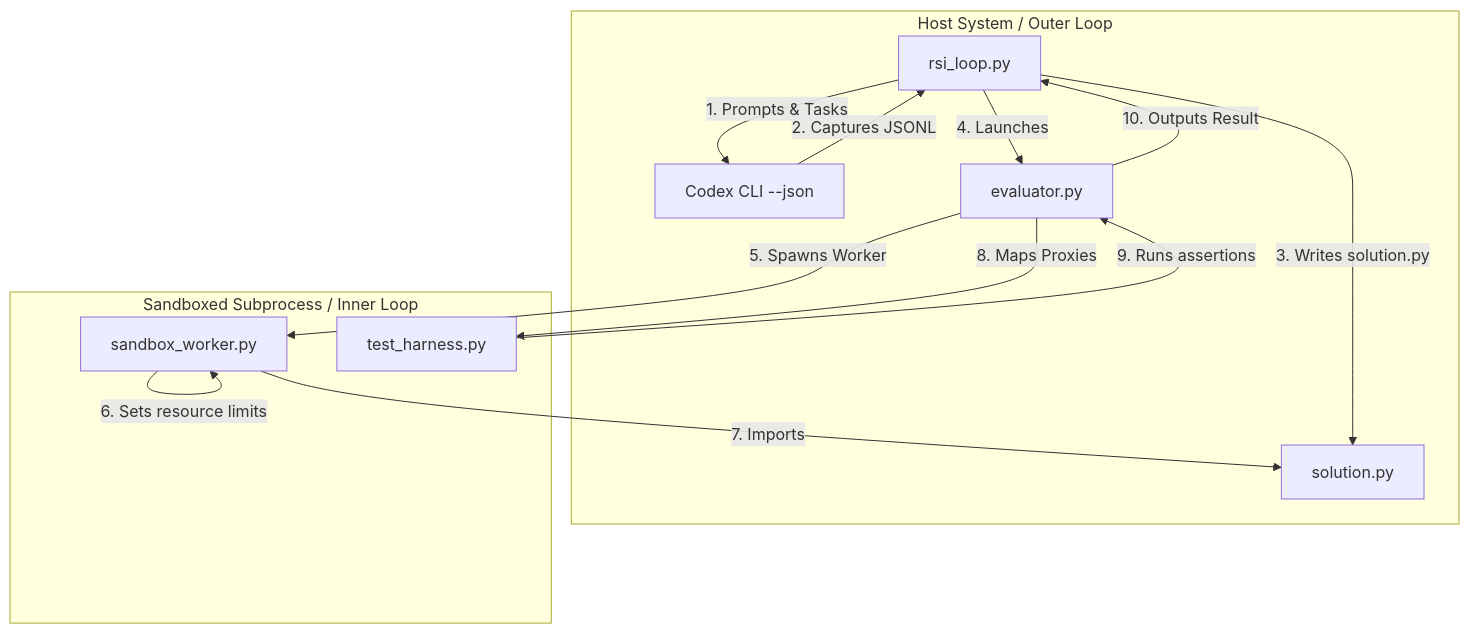
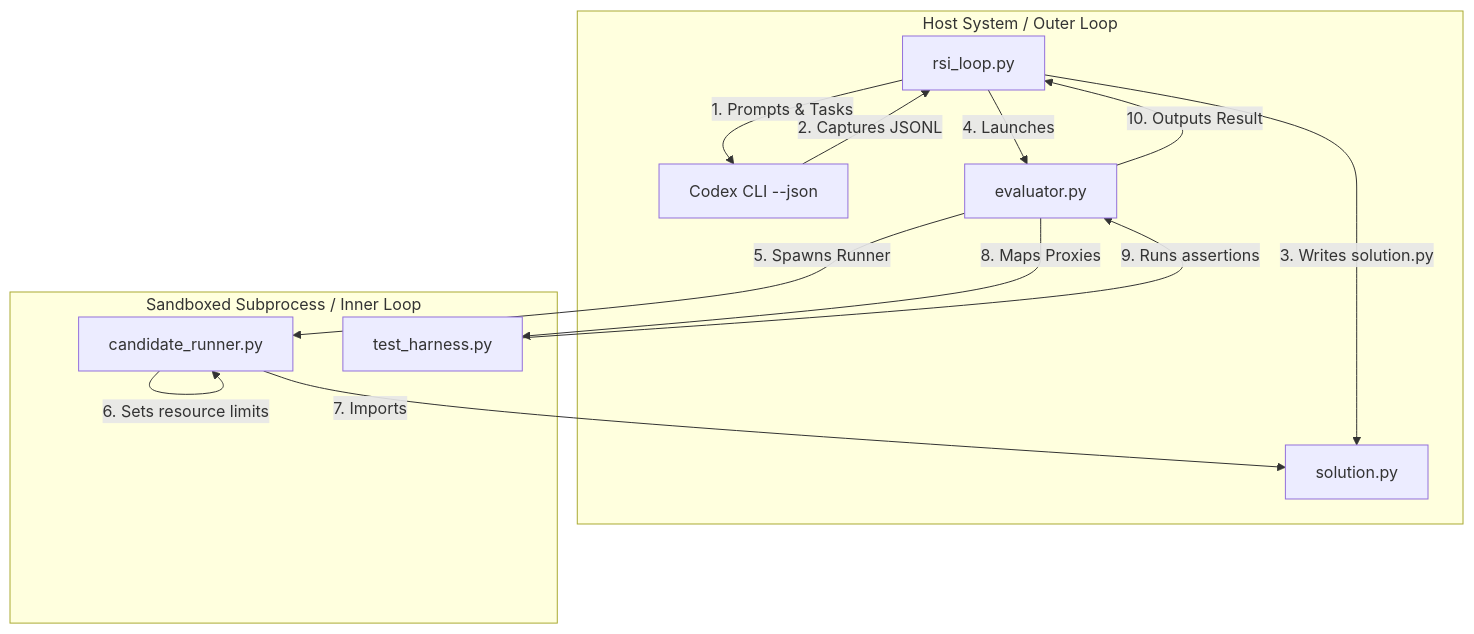
One commit to hehamalainen/RSILoop changed the diagram in agents.md. Above: the diagram before and after it, drawn with Mermaid. The commit also changed other lines of this file and 11 other files, not shown here.

````diff
--- a/agents.md
+++ b/agents.md
@@ -10,19 +10,19 @@
 ```mermaid
 flowchart TD
     subgraph Host [Host System / Outer Loop]
         ORCH[rsi_loop.py] -->|1. Prompts & Tasks| CX[Codex CLI --json]
         CX -->|2. Captures JSONL| ORCH
         ORCH -->|3. Writes solution.py| SOL[solution.py]
         ORCH -->|4. Launches| EV[evaluator.py]
     end
 
     subgraph Sandbox [Sandboxed Subprocess / Inner Loop]
-        EV -->|5. Spawns Worker| WRK[sandbox_worker.py]
-        WRK -->|6. Sets resource limits| WRK
-        WRK -->|7. Imports| SOL
+        EV -->|5. Spawns Runner| RUN[candidate_runner.py]
+        RUN -->|6. Sets resource limits| RUN
+        RUN -->|7. Imports| SOL
         EV -->|8. Maps Proxies| TEST[test_harness.py]
         TEST -->|9. Runs assertions| EV
     end
 
     EV -->|10. Outputs Result| ORCH
 ```
````
